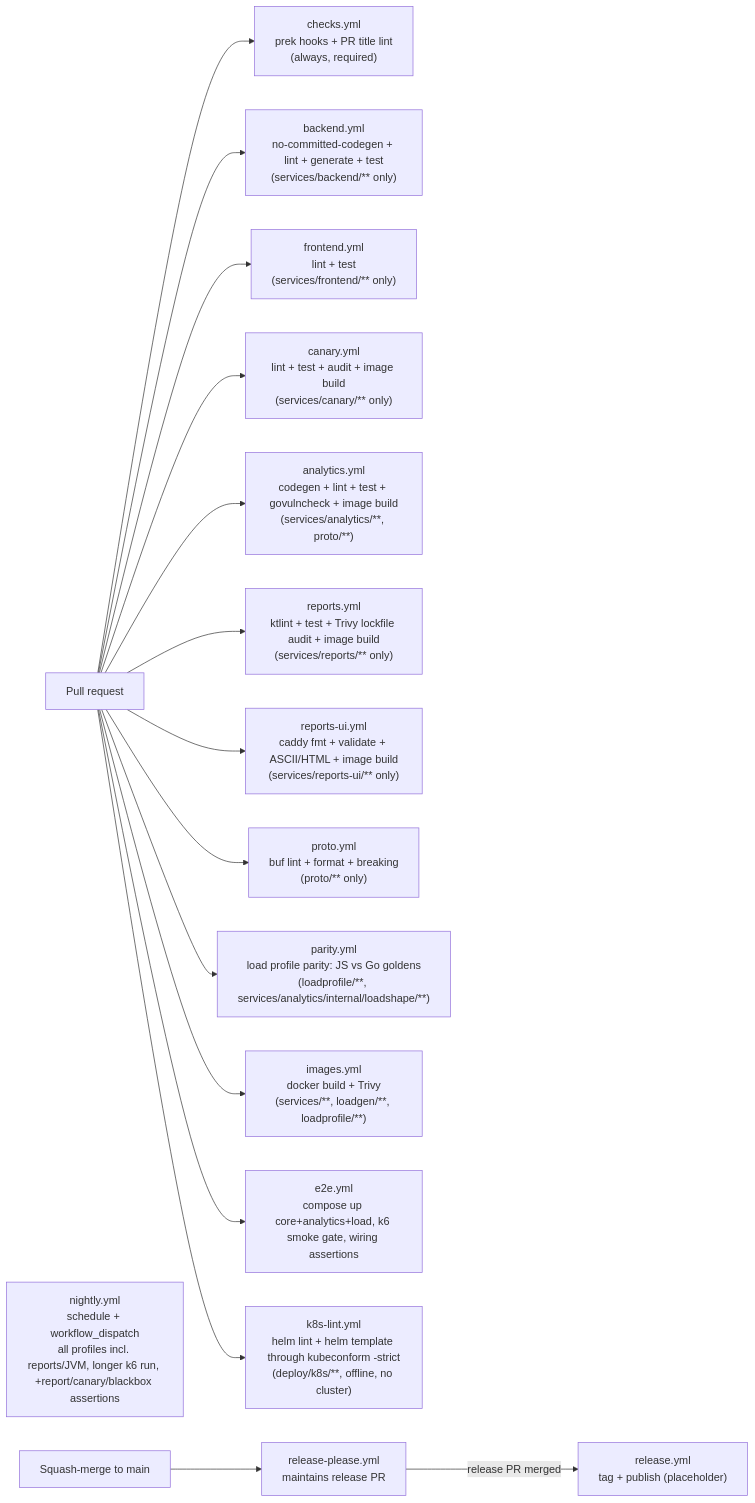
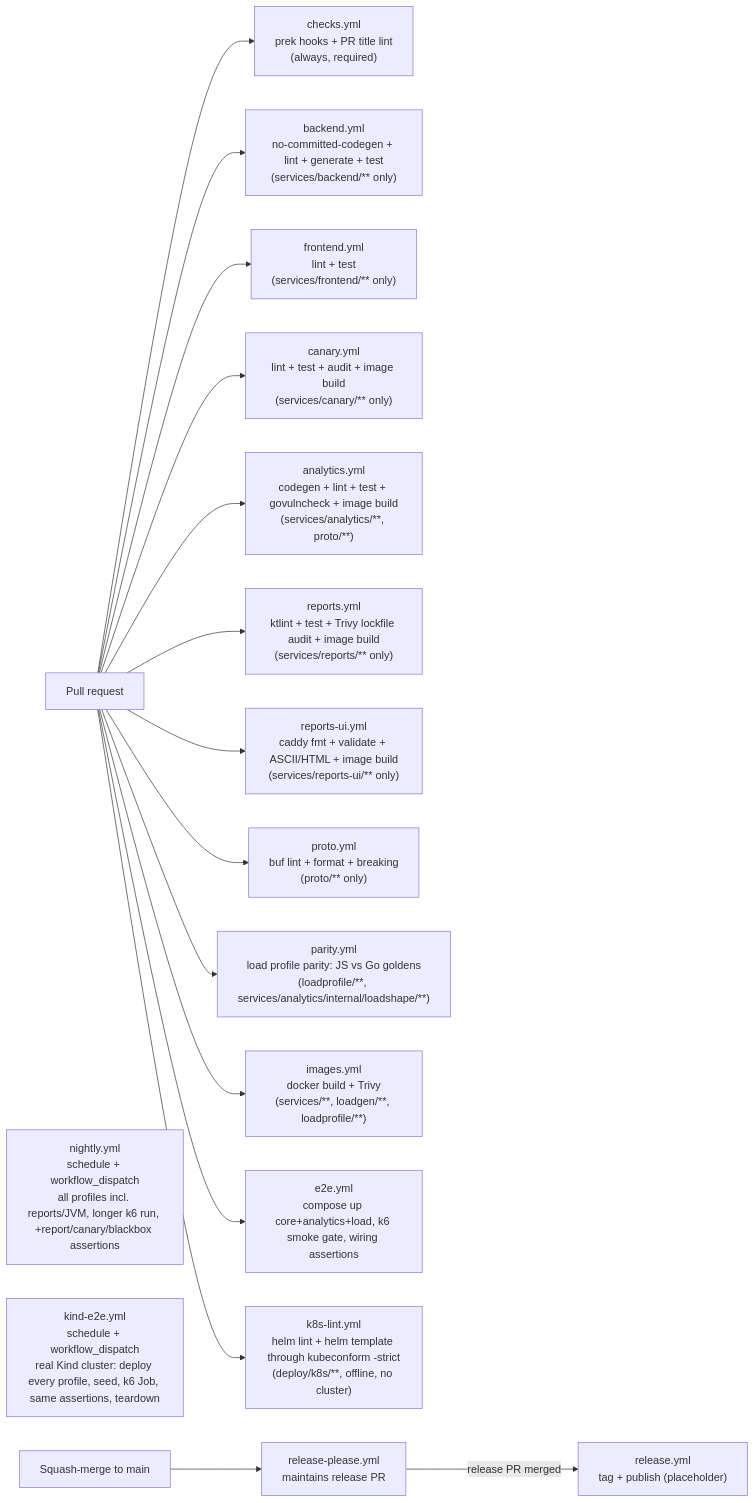
Before and after one commit to vovinacci/devops-demo: the diagram in docs/ci.md, drawn with Mermaid. The commit also changed other lines of this file and 13 other files, not shown here.

First line of the commit message:
feat(k8s): nightly Kind e2e, the kind-* workflow targets, runbook and exercises (#217)

````diff
--- a/docs/ci.md
+++ b/docs/ci.md
@@ -12,18 +12,19 @@
 ```mermaid
 flowchart LR
     pr[Pull request] --> checks["checks.yml<br/>prek hooks + PR title lint<br/>(always, required)"]
     pr --> be["backend.yml<br/>no-committed-codegen + lint + generate + test<br/>(services/backend/** only)"]
     pr --> fe["frontend.yml<br/>lint + test<br/>(services/frontend/** only)"]
     pr --> ca["canary.yml<br/>lint + test + audit + image build<br/>(services/canary/** only)"]
     pr --> an["analytics.yml<br/>codegen + lint + test + govulncheck + image build<br/>(services/analytics/**, proto/**)"]
     pr --> rep["reports.yml<br/>ktlint + test + Trivy lockfile audit + image build<br/>(services/reports/** only)"]
     pr --> repui["reports-ui.yml<br/>caddy fmt + validate + ASCII/HTML + image build<br/>(services/reports-ui/** only)"]
     pr --> proto["proto.yml<br/>buf lint + format + breaking<br/>(proto/** only)"]
     pr --> par["parity.yml<br/>load profile parity: JS vs Go goldens<br/>(loadprofile/**, services/analytics/internal/loadshape/**)"]
     pr --> img["images.yml<br/>docker build + Trivy<br/>(services/**, loadgen/**, loadprofile/**)"]
     pr --> e2e["e2e.yml<br/>compose up core+analytics+load, k6 smoke gate, wiring assertions"]
     pr --> k8s["k8s-lint.yml<br/>helm lint + helm template through kubeconform -strict<br/>(deploy/k8s/**, offline, no cluster)"]
     night["nightly.yml<br/>schedule + workflow_dispatch<br/>all profiles incl. reports/JVM, longer k6 run, +report/canary/blackbox assertions"]
+    kinde["kind-e2e.yml<br/>schedule + workflow_dispatch<br/>real Kind cluster: deploy every profile, seed, k6 Job, same assertions, teardown"]
     merge[Squash-merge to main] --> rp["release-please.yml<br/>maintains release PR"]
     rp -->|release PR merged| rel["release.yml<br/>tag + publish (placeholder)"]
 ```
````
